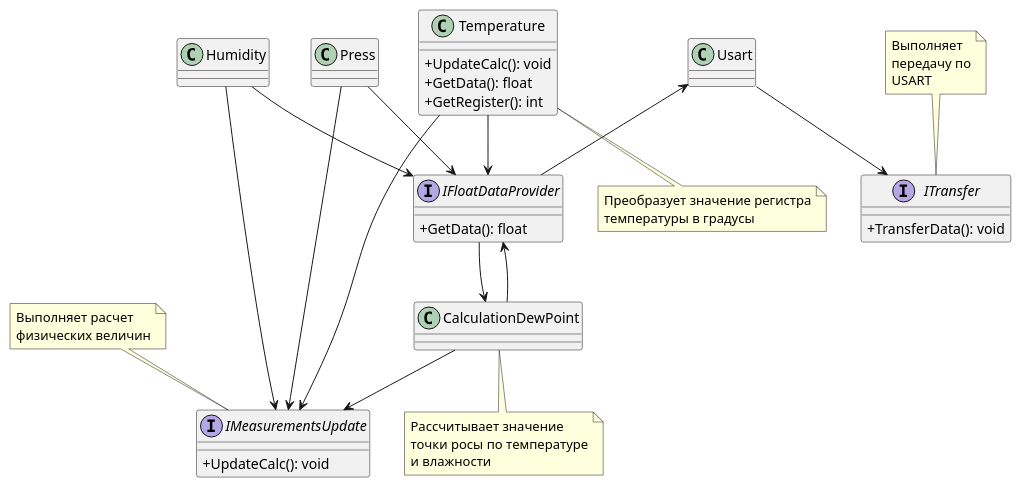
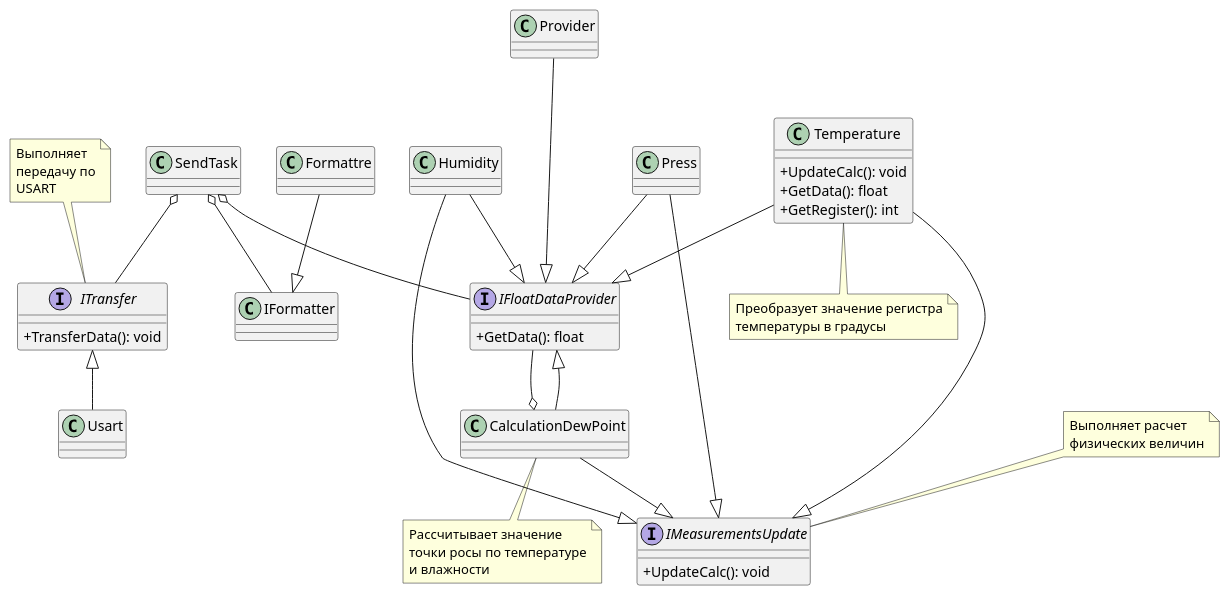
The second of 5 diagrams in Diagrams.adoc (Alexandro103/Laba), drawn with PlantUML before and after one commit. The commit also changed other lines of this file and 1 other file, not shown here.

```diff
--- a/Diagrams.adoc
+++ b/Diagrams.adoc
@@ -90,53 +87,57 @@
-[plantuml, diagram, png]
+[plantuml]
 ----
 @startuml
 skinparam classAttributeIconSize 0
 
 ' Интерфейсы и абстрактные компоненты
 interface IMeasurementsUpdate {
     +UpdateCalc(): void
 }
 interface IFloatDataProvider {
     +GetData(): float
 }
 interface ITransfer { 
   +TransferData(): void
 }
 
 ' Классы
 class Temperature {
     +UpdateCalc(): void
     +GetData(): float
     +GetRegister(): int
 }
 class CalculationDewPoint
 class Humidity
 class Press
 class Usart
 
 ' Примечания
 note top of IMeasurementsUpdate : Выполняет расчет\nфизических величин
 note top of ITransfer : Выполняет\nпередачу по\nUSART
 note bottom of Temperature : Преобразует значение регистра\nтемпературы в градусы
 note bottom of CalculationDewPoint : Рассчитывает значение\nточки росы по температуре\nи влажности
 
 ' Стрелки 
-Temperature --> IMeasurementsUpdate
-Temperature --> IFloatDataProvider
+Temperature --|> IMeasurementsUpdate
+Temperature --|> IFloatDataProvider
 
-CalculationDewPoint --> IMeasurementsUpdate
-CalculationDewPoint --> IFloatDataProvider
-IFloatDataProvider --> CalculationDewPoint
+CalculationDewPoint --|> IMeasurementsUpdate
+CalculationDewPoint --|> IFloatDataProvider
+IFloatDataProvider --o CalculationDewPoint
 
-Humidity --> IMeasurementsUpdate
-Humidity --> IFloatDataProvider
+Humidity --|> IMeasurementsUpdate
+Humidity --|> IFloatDataProvider
 
-Press --> IMeasurementsUpdate
-Press --> IFloatDataProvider
+Press --|> IMeasurementsUpdate
+Press --|> IFloatDataProvider
 
 
-Usart <-- IFloatDataProvider
-Usart --> ITransfer
+Formattre --|> IFormatter
+Provider ---|> IFloatDataProvider
+SendTask o-- IFloatDataProvider
+SendTask o-- IFormatter
+SendTask o-- ITransfer
+Usart -up-|> ITransfer
 
 @enduml
 ----
```
